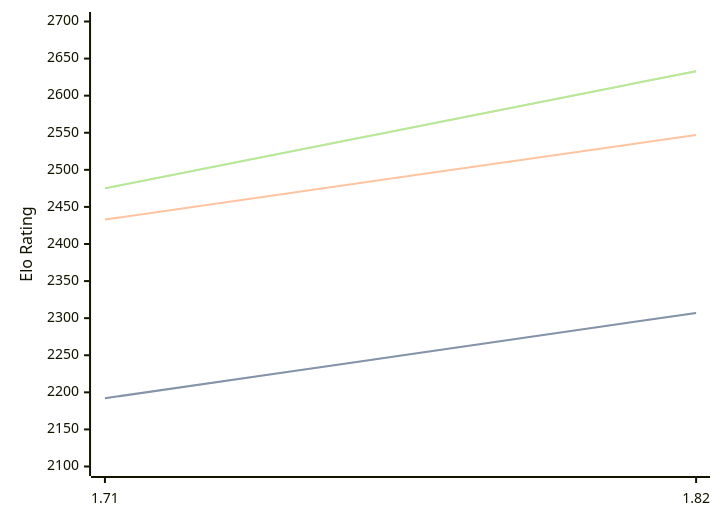
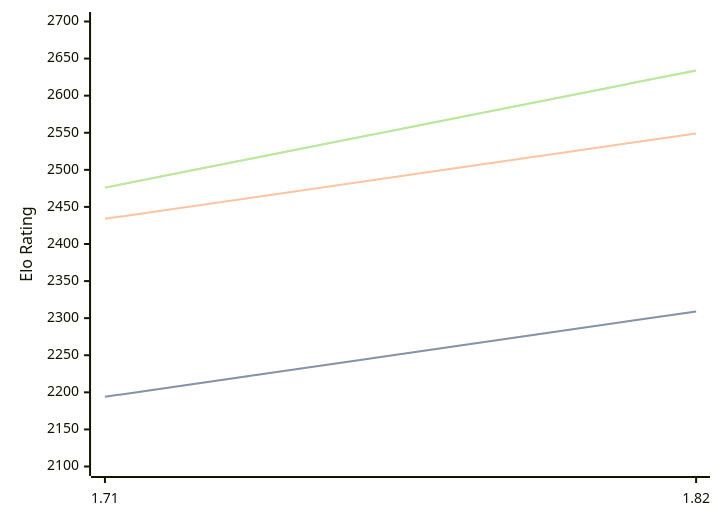
The diagram in engines/Amira.md (computer-chess-index/cci), drawn with Mermaid before and after one commit. The commit also changed other lines of this file, not shown here.

Commit message:
Update CCI Ratings (ELO VLTC) - 2026-10-09

````diff
--- a/engines/Amira.md
+++ b/engines/Amira.md
@@ -32,11 +32,11 @@
 ```mermaid
 %%{init: {"theme":"base","themeVariables":{"seriesColors:['#a3a3a3','#222221','#faa371']}}}%%
 xychart-beta
   x-axis ["1.71", "1.82"]
   y-axis "Elo Rating" 2100 --> 2700
-  line "" [2192, 2307]
-  line "STC (8.0+0.08s)" [2192, 2307]
-  line "LTC (60.0+0.60s)" [2433, 2547]
-  line "" [2475, 2633]
-  line "VLTC (2m24s+1.12s)" [2475, 2633]
+  line "" [2194, 2309]
+  line "STC (8.0+0.08s)" [2194, 2309]
+  line "LTC (60.0+0.60s)" [2434, 2549]
+  line "" [2476, 2634]
+  line "VLTC (2m24s+1.12s)" [2476, 2634]
 ```
````
